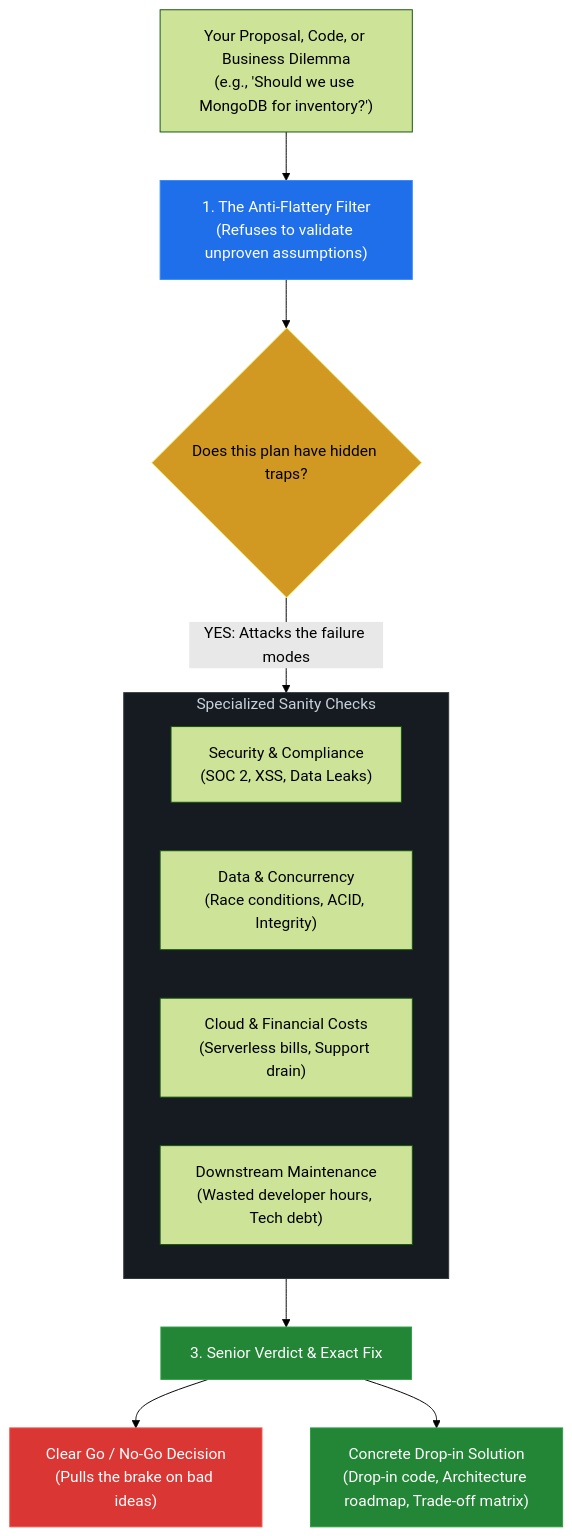
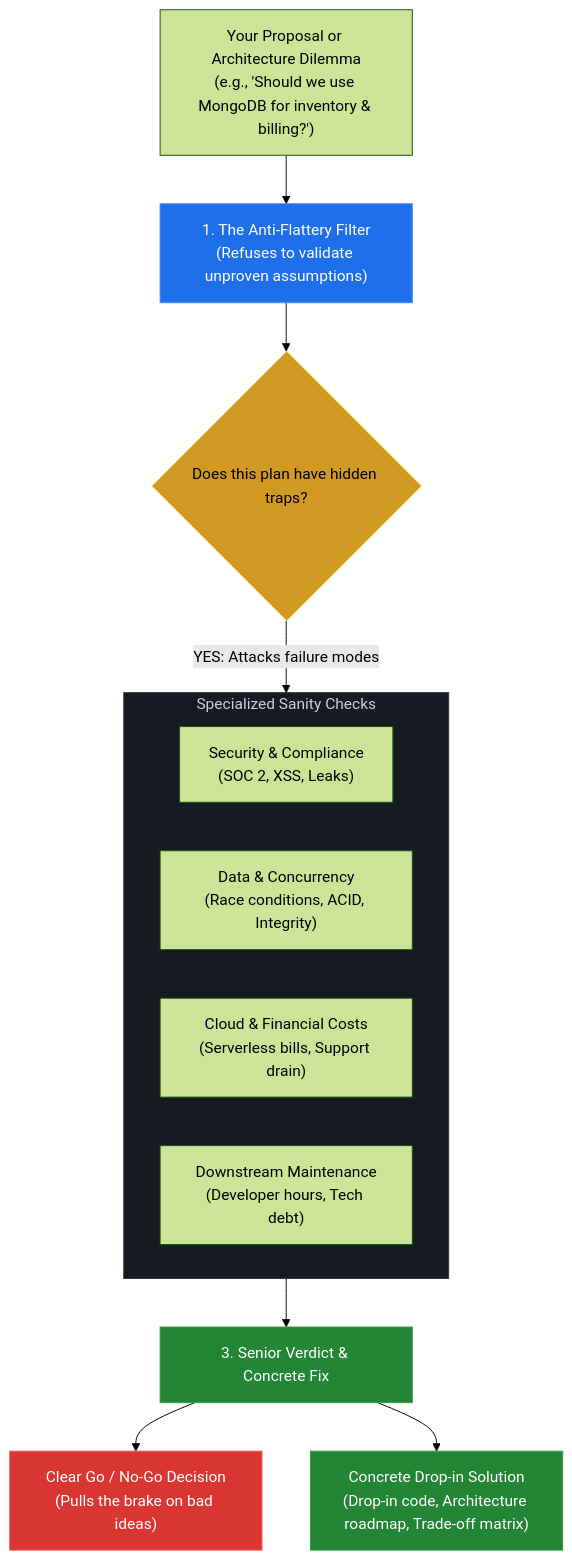
One commit to SvayMonirath/second-opionion changed the second of 2 diagrams in README.md. Above: the diagram before and after it, drawn with Mermaid (forest theme). The commit also changed other lines of this file and 1 other file, not shown here.

````diff
--- a/README.md
+++ b/README.md
@@ -45,27 +54,27 @@
 ```mermaid
 flowchart TD
-    A["Your Proposal, Code, or Business Dilemma<br/>(e.g., 'Should we use MongoDB for inventory?')"] --> B["1. The Anti-Flattery Filter<br/>(Refuses to validate unproven assumptions)"]
+    A["Your Proposal or Architecture Dilemma<br/>(e.g., 'Should we use MongoDB for inventory & billing?')"] --> B["1. The Anti-Flattery Filter<br/>(Refuses to validate unproven assumptions)"]
     
     B --> C{"Does this plan have hidden traps?"}
     
-    C -- "YES: Attacks the failure modes" --> D["2. Adversarial Analysis Engine"]
+    C -- "YES: Attacks failure modes" --> D["2. Adversarial Analysis Engine"]
     
     subgraph D ["Specialized Sanity Checks"]
-        D1["Security & Compliance<br/>(SOC 2, XSS, Data Leaks)"]
+        D1["Security & Compliance<br/>(SOC 2, XSS, Leaks)"]
         D2["Data & Concurrency<br/>(Race conditions, ACID, Integrity)"]
         D3["Cloud & Financial Costs<br/>(Serverless bills, Support drain)"]
-        D4["Downstream Maintenance<br/>(Wasted developer hours, Tech debt)"]
+        D4["Downstream Maintenance<br/>(Developer hours, Tech debt)"]
     end
     
-    D --> E["3. Senior Verdict & Exact Fix"]
+    D --> E["3. Senior Verdict & Concrete Fix"]
     
     E --> F["Clear Go / No-Go Decision<br/>(Pulls the brake on bad ideas)"]
     E --> G["Concrete Drop-in Solution<br/>(Drop-in code, Architecture roadmap, Trade-off matrix)"]
     
     style B fill:#1f6feb,stroke:#388bfd,color:#ffffff
     style C fill:#d29922,stroke:#f1e05a,color:#000000
     style D fill:#161b22,stroke:#30363d,color:#c9d1d9
     style E fill:#238636,stroke:#2ea043,color:#ffffff
     style F fill:#da3633,stroke:#f85149,color:#ffffff
     style G fill:#238636,stroke:#2ea043,color:#ffffff
 ```
````
